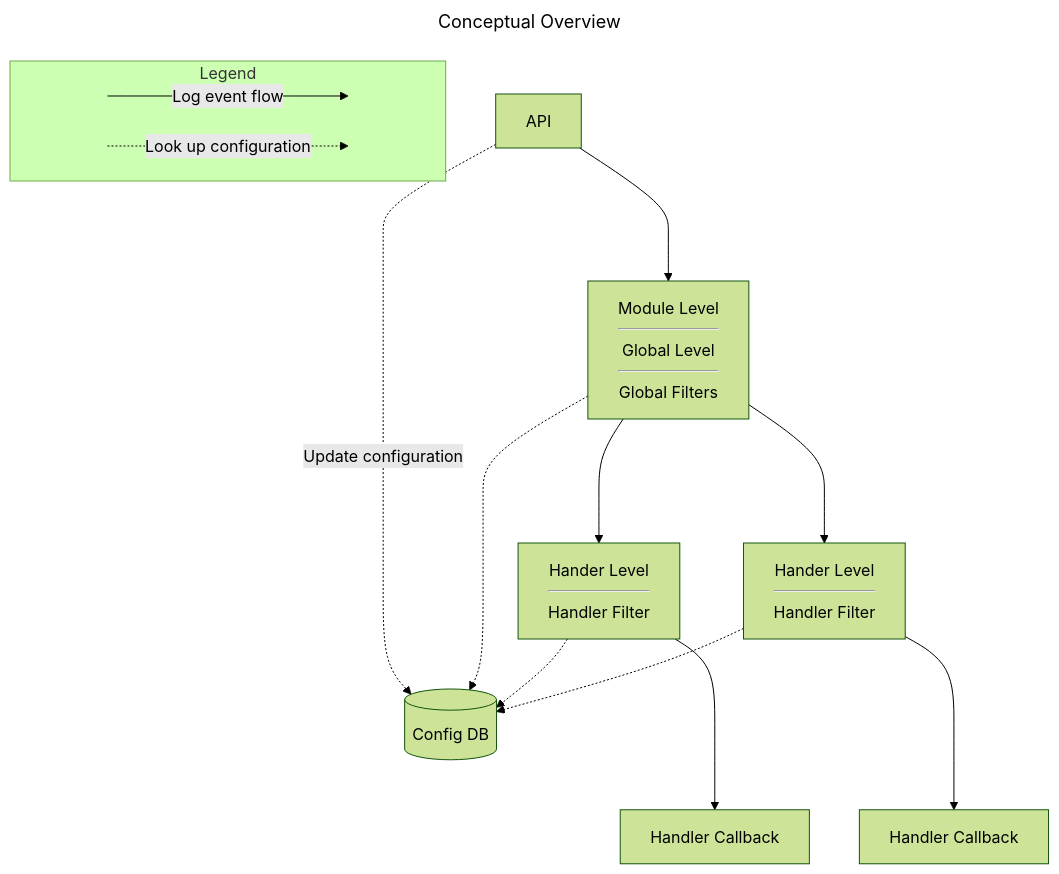
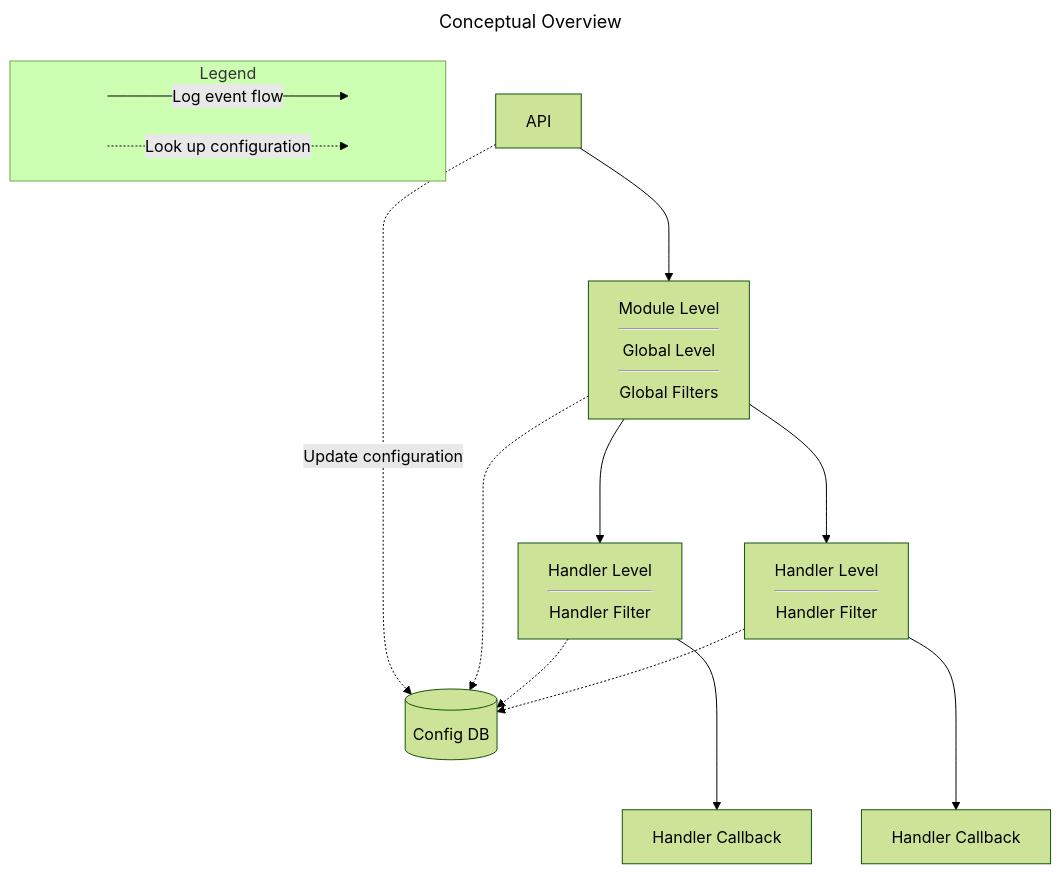
Before and after one commit to erlang/otp: the diagram in lib/kernel/doc/guides/logger_chapter.md, drawn with Mermaid (forest theme). The commit also changed 56 other files, not shown here.

````diff
--- a/lib/kernel/doc/guides/logger_chapter.md
+++ b/lib/kernel/doc/guides/logger_chapter.md
@@ -53,25 +53,25 @@
 ```mermaid
 ---
 title: Conceptual Overview
 ---
 flowchart TD
     DB[(Config DB)]
     API ---> ML[Module Level <hr> Global Level <hr> Global Filters]
     API -.Update configuration.-> DB
     ML -.-> DB
-    ML ---> HL1[Hander Level <hr> Handler Filter]
-    ML ---> HL2[Hander Level <hr> Handler Filter]
+    ML ---> HL1[Handler Level <hr> Handler Filter]
+    ML ---> HL2[Handler Level <hr> Handler Filter]
     HL1 ---> HC1[Handler Callback]
     HL2 ---> HC2[Handler Callback]
     HL1 -.-> DB
     HL2 -.-> DB
     subgraph Legend
         direction LR
         start1[ ] -->|Log event flow| stop1[ ]
         style start1 height:0px;
         style stop1 height:0px;
         start2[ ] -.->|Look up configuration| stop2[ ]
         style start2 height:0px;
         style stop2 height:0px;
     end
 ```
````
